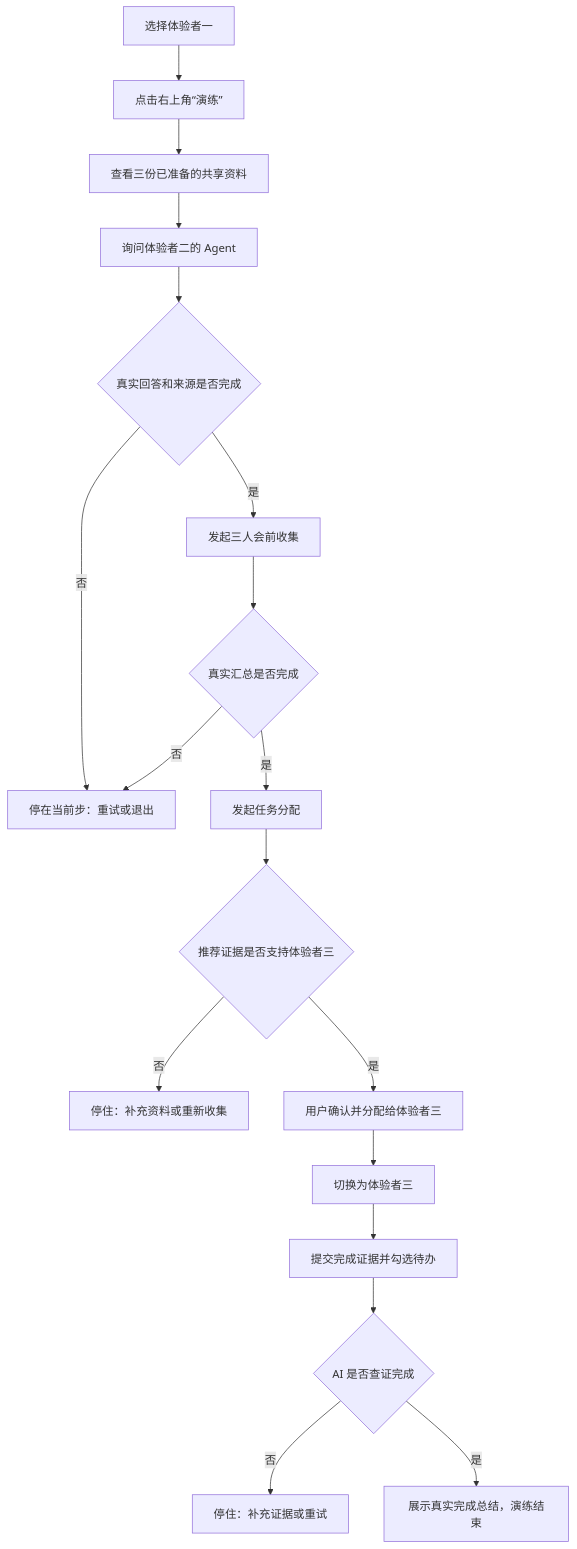
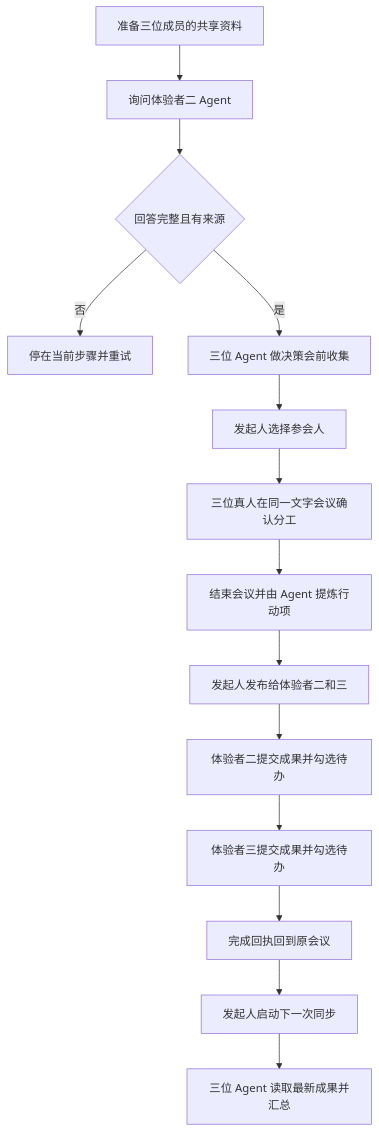
One commit to yht-4403/paiban changed the diagram in docs/产品规划/2026-09-06-016-体验账号教学演练-设计文档.md. Above: the diagram before and after it, drawn with Mermaid. The commit also changed other lines of this file and 33 other files, not shown here.

````diff
--- a/docs/产品规划/2026-09-06-016-体验账号教学演练-设计文档.md
+++ b/docs/产品规划/2026-09-06-016-体验账号教学演练-设计文档.md
@@ -22,20 +24,16 @@
 ```mermaid
 flowchart TD
-    A[选择体验者一] --> B[点击右上角“演练”]
-    B --> C[查看三份已准备的共享资料]
-    C --> D[询问体验者二的 Agent]
-    D --> E{真实回答和来源是否完成}
-    E -- 否 --> ER[停在当前步：重试或退出]
-    E -- 是 --> F[发起三人会前收集]
-    F --> G{真实汇总是否完成}
-    G -- 否 --> ER
-    G -- 是 --> H[发起任务分配]
-    H --> I{推荐证据是否支持体验者三}
-    I -- 否 --> IR[停住：补充资料或重新收集]
-    I -- 是 --> J[用户确认并分配给体验者三]
-    J --> K[切换为体验者三]
-    K --> L[提交完成证据并勾选待办]
-    L --> M{AI 是否查证完成}
-    M -- 否 --> MR[停住：补充证据或重试]
-    M -- 是 --> N[展示真实完成总结，演练结束]
+    A[准备三位成员的共享资料] --> B[询问体验者二 Agent]
+    B --> C{回答完整且有来源}
+    C -- 否 --> R[停在当前步骤并重试]
+    C -- 是 --> D[三位 Agent 做决策会前收集]
+    D --> E[发起人选择参会人]
+    E --> F[三位真人在同一文字会议确认分工]
+    F --> G[结束会议并由 Agent 提炼行动项]
+    G --> H[发起人发布给体验者二和三]
+    H --> I[体验者二提交成果并勾选待办]
+    I --> J[体验者三提交成果并勾选待办]
+    J --> K[完成回执回到原会议]
+    K --> L[发起人启动下一次同步]
+    L --> M[三位 Agent 读取最新成果并汇总]
 ```
````
